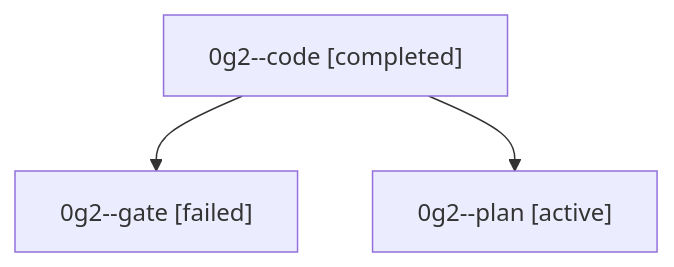
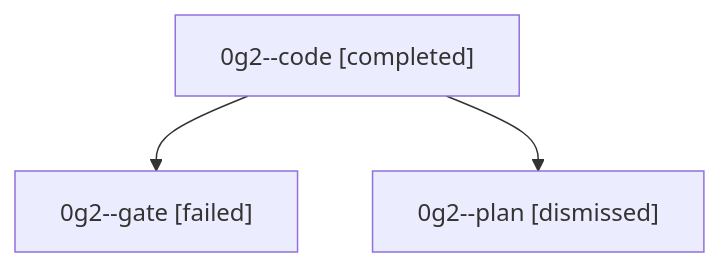
The diagram in sessions/bbugyi200.athena.0g2.md (sase-org/sase--agents), drawn with Mermaid before and after one commit. The commit also changed other lines of this file and 36 other files, not shown here.

````diff
--- a/sessions/bbugyi200.athena.0g2.md
+++ b/sessions/bbugyi200.athena.0g2.md
@@ -9,8 +9,8 @@
 ```mermaid
 flowchart TD
   n0["0g2--code [completed]"]
   n1["0g2--gate [failed]"]
   n0 --> n1
-  n2["0g2--plan [active]"]
+  n2["0g2--plan [dismissed]"]
   n0 --> n2
 ```
````
